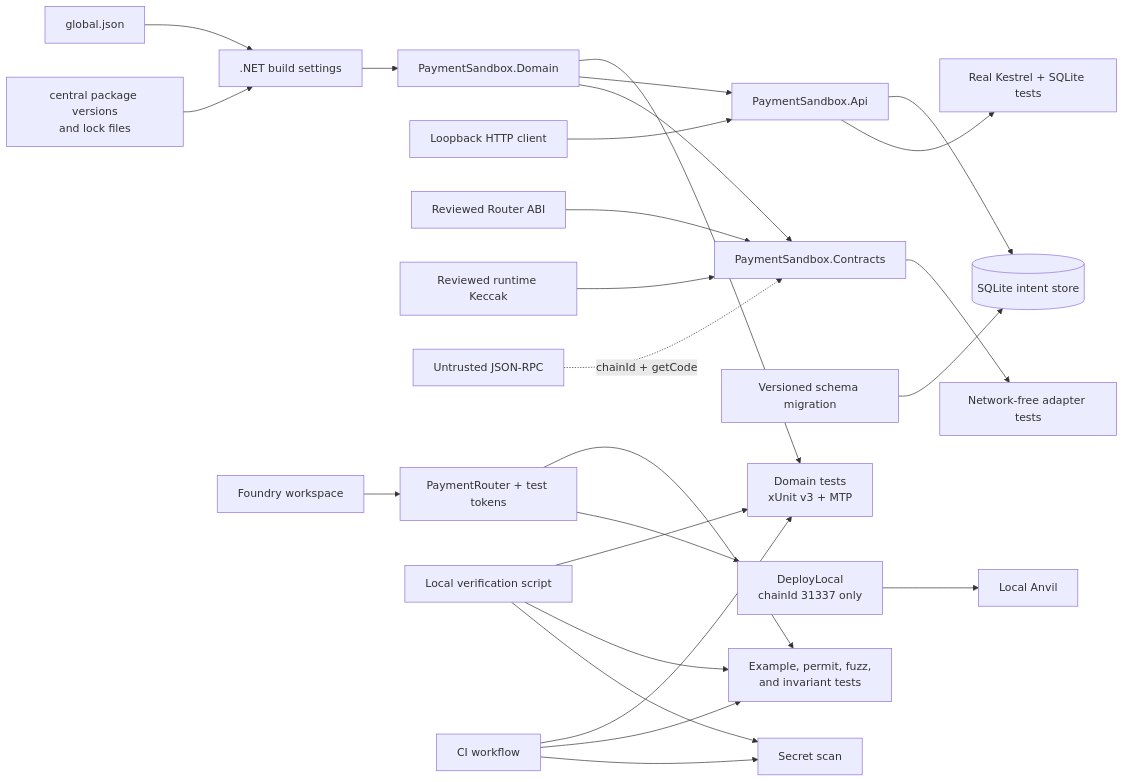
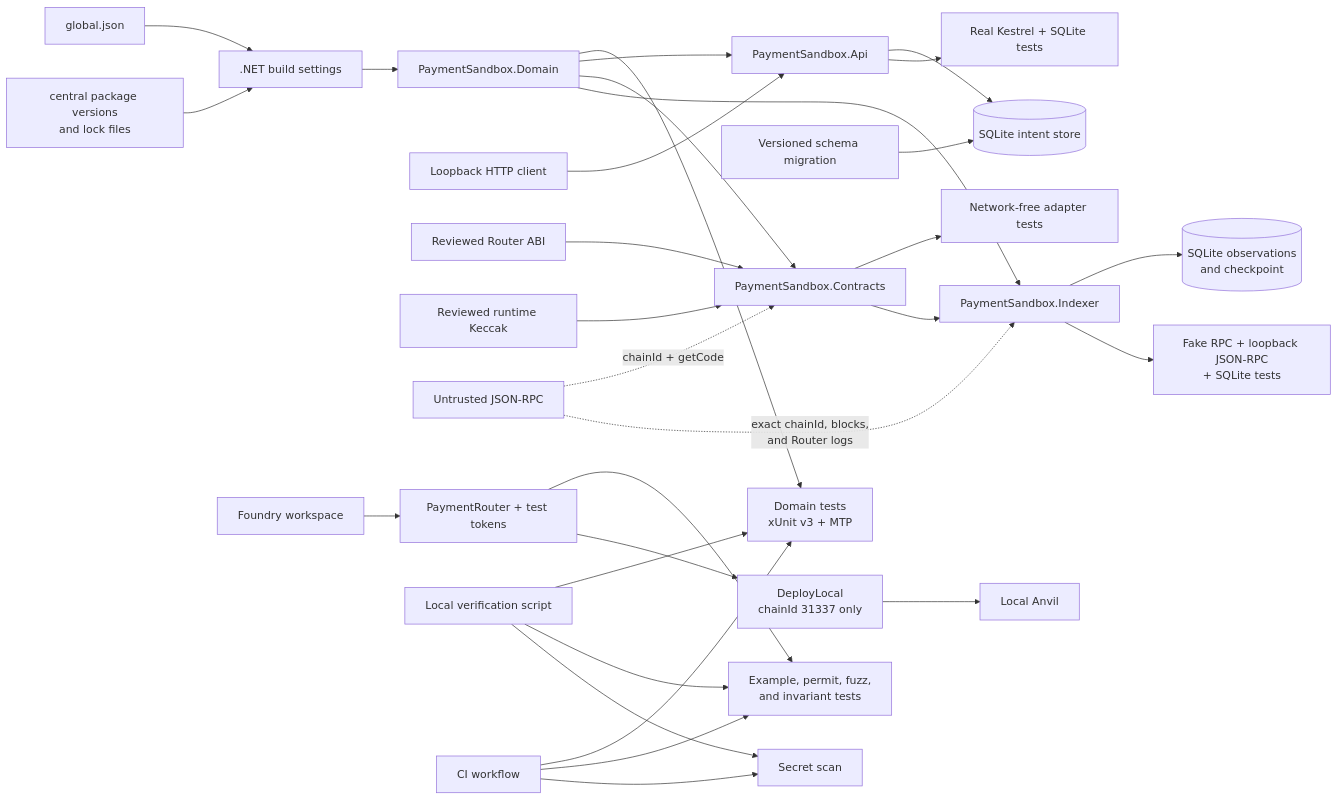
The first of 2 diagrams in docs/architecture.md (xiaocaiisxiaocai/dotnet-evm-payment-sandbox), drawn with Mermaid before and after one commit. The commit also changed other lines of this file and 36 other files, not shown here.

Commit message:
Add Week 8 chain observation checkpoints

````diff
--- a/docs/architecture.md
+++ b/docs/architecture.md
@@ -14,29 +14,34 @@
 ```mermaid
 flowchart LR
     SDK[global.json] --> Build[.NET build settings]
     Packages[central package versions<br/>and lock files] --> Build
     Build --> Domain[PaymentSandbox.Domain]
     Domain --> DomainTests[Domain tests<br/>xUnit v3 + MTP]
     Domain --> API[PaymentSandbox.Api]
     Client[Loopback HTTP client] --> API
     API --> SQLite[(SQLite intent store)]
     Migration[Versioned schema migration] --> SQLite
     API --> APITests[Real Kestrel + SQLite tests]
     Domain --> Contracts[PaymentSandbox.Contracts]
     ABI[Reviewed Router ABI] --> Contracts
     Baseline[Reviewed runtime Keccak] --> Contracts
     RPC[Untrusted JSON-RPC] -. chainId + getCode .-> Contracts
     Contracts --> ContractAdapterTests[Network-free adapter tests]
+    Domain --> Indexer[PaymentSandbox.Indexer]
+    Contracts --> Indexer
+    RPC -. exact chainId, blocks,<br/>and Router logs .-> Indexer
+    Indexer --> ObservationDb[(SQLite observations<br/>and checkpoint)]
+    Indexer --> IndexerTests[Fake RPC + loopback JSON-RPC<br/>+ SQLite tests]
 
     Foundry[Foundry workspace] --> Router[PaymentRouter + test tokens]
     Router --> ContractChecks[Example, permit, fuzz,<br/>and invariant tests]
     Router --> Deploy[DeployLocal<br/>chainId 31337 only]
     Deploy --> Anvil[Local Anvil]
 
     Verify[Local verification script] --> DomainTests
     Verify --> ContractChecks
     Verify --> SecretScan[Secret scan]
     CI[CI workflow] --> DomainTests
     CI --> ContractChecks
     CI --> SecretScan
 ```
````
